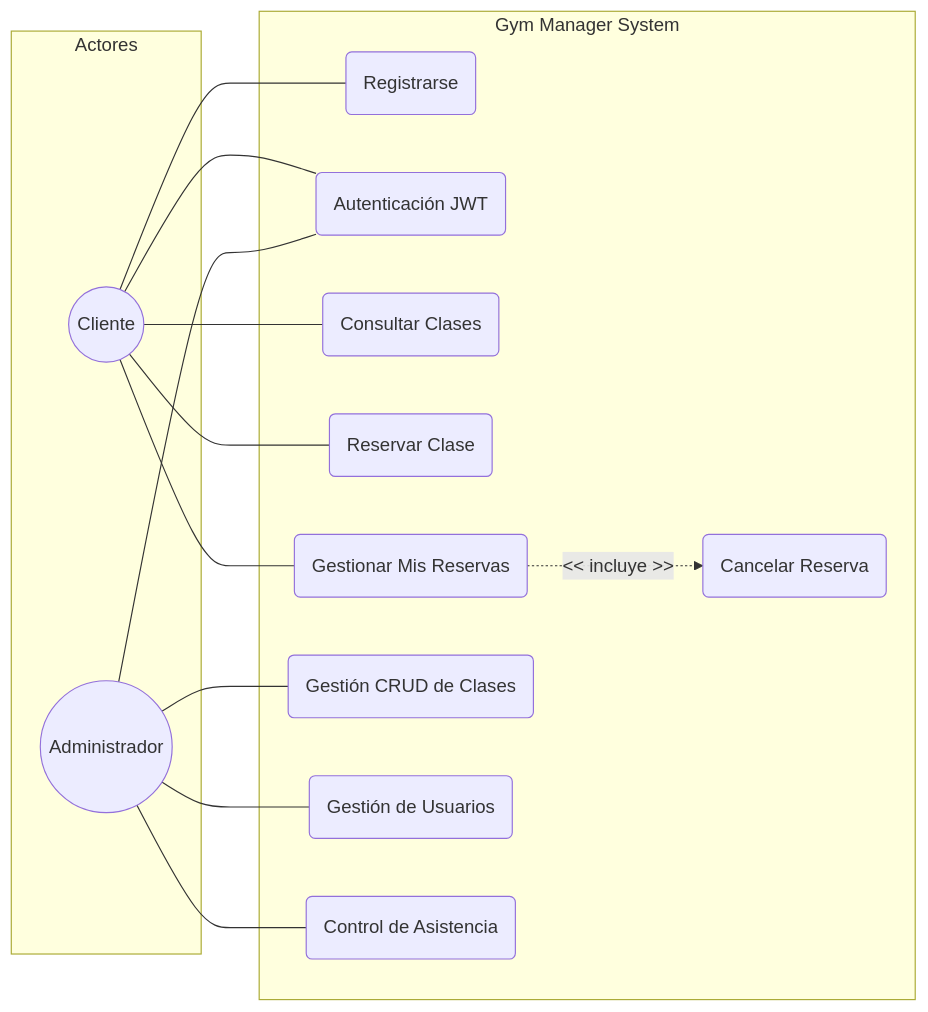
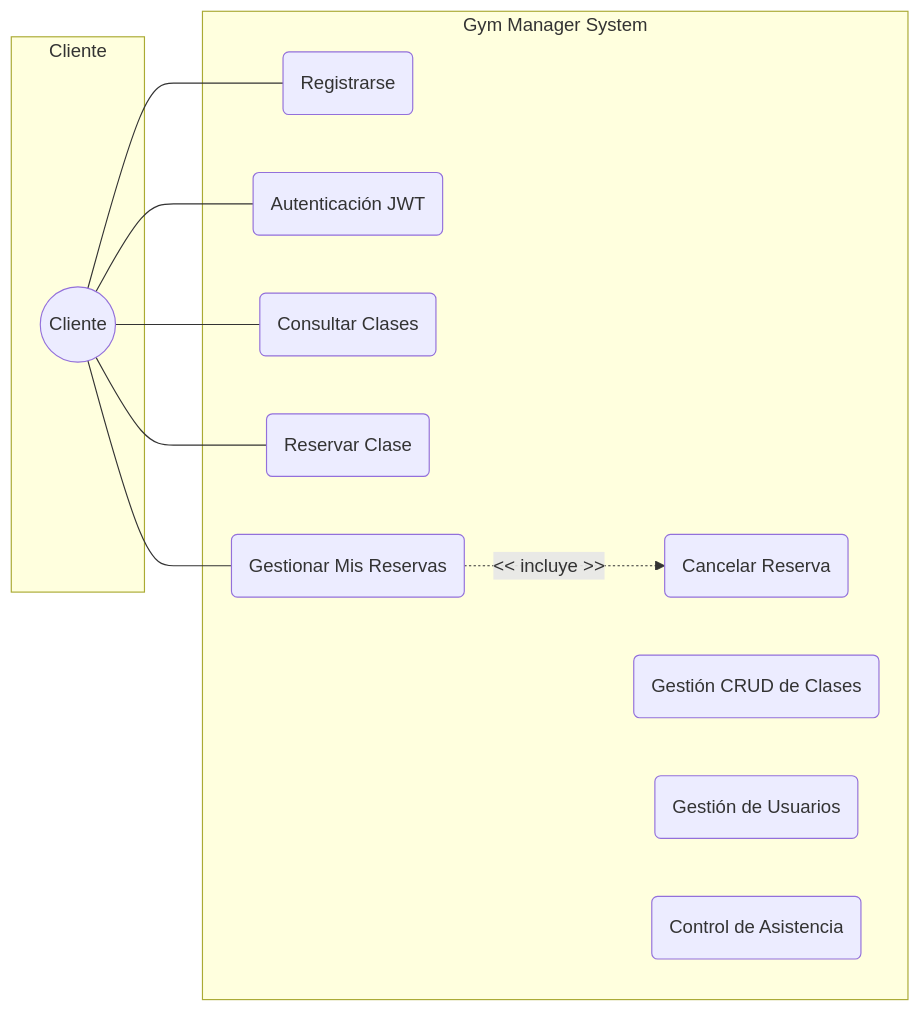
One commit to rafaAuEs/orto_p_f_para_orto changed the first of 2 diagrams in README.md. Above: the diagram before and after it, drawn with Mermaid. The commit also changed other lines of this file, not shown here.

Commit message:
Doble diagrama

````diff
--- a/README.md
+++ b/README.md
@@ -20,35 +20,29 @@
 ```mermaid
 graph LR
-    subgraph "Actores"
+    subgraph "Cliente"
         C((Cliente))
     end
 
     subgraph "Gym Manager System"
         UC1(Registrarse)
         UC2(Autenticación JWT)
         UC3(Consultar Clases)
         UC4(Reservar Clase)
         UC5(Gestionar Mis Reservas)
         UC6(Cancelar Reserva)
         
         UC7(Gestión CRUD de Clases)
         UC8(Gestión de Usuarios)
         UC9(Control de Asistencia)
     end
 
     C --- UC1
     C --- UC2
     C --- UC3
     C --- UC4
     C --- UC5
     UC5 -. << incluye >> .-> UC6
     
-    A --- UC2
-    A --- UC7
-    A --- UC8
-    A --- UC9
 
-    subgraph "Actores"
-       A((Administrador))  
-    end
+
 ```
````
